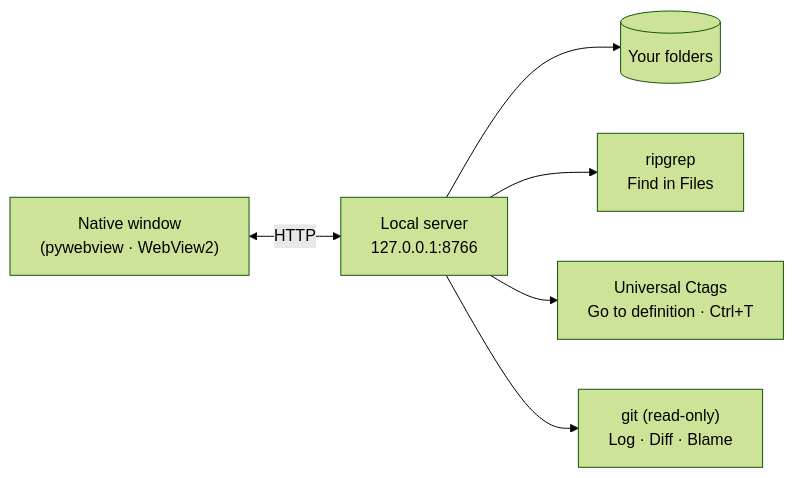
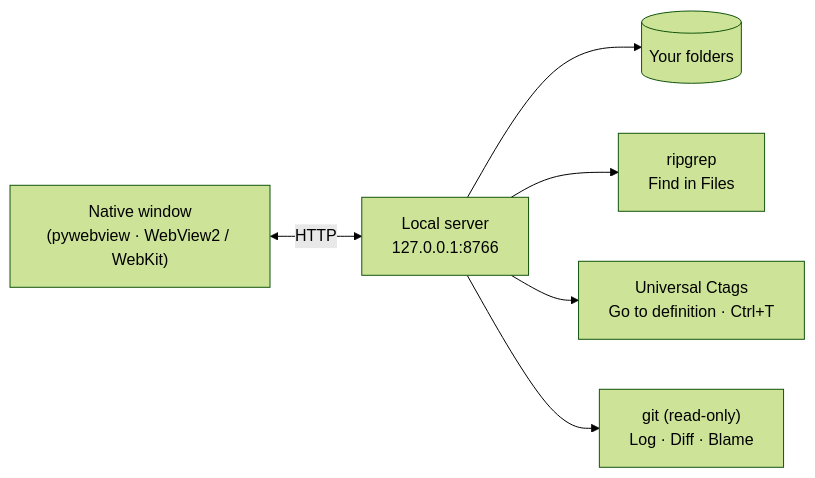
Before and after one commit to dongliquan/ReadO: the diagram in README.md, drawn with Mermaid (forest theme). The commit also changed other lines of this file and 16 other files, not shown here.

Commit message:
macOS support: WebKit window, Finder/Trash, build_mac.sh, mac ripgrep, CI and release for mac; README mentions macOS

````diff
--- a/README.md
+++ b/README.md
@@ -21,8 +21,8 @@
 ```mermaid
 flowchart LR
-  W["Native window<br/>(pywebview · WebView2)"] <-->|HTTP| S["Local server<br/>127.0.0.1:8766"]
+  W["Native window<br/>(pywebview · WebView2 / WebKit)"] <-->|HTTP| S["Local server<br/>127.0.0.1:8766"]
   S --> F[("Your folders")]
   S --> R["ripgrep<br/>Find in Files"]
   S --> C["Universal Ctags<br/>Go to definition · Ctrl+T"]
   S --> G["git (read-only)<br/>Log · Diff · Blame"]
 ```
````
